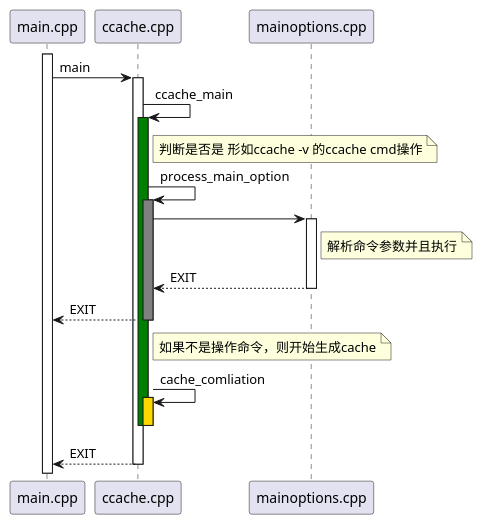
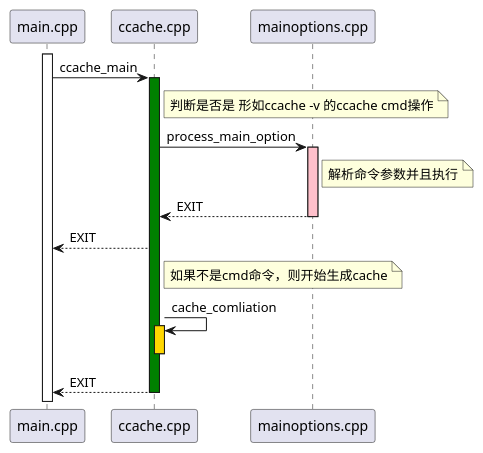
One commit to wentizongbibanfaduo/ccache-introduction changed the diagram in ccache-uml-main.puml. Above: the diagram before and after it, drawn with PlantUML. The commit also changed 1 other file, not shown here.

```diff
--- a/ccache-uml-main.puml
+++ b/ccache-uml-main.puml
@@ -1,26 +1,26 @@
 participant main.cpp as main
 participant ccache.cpp as ccache
 participant mainoptions.cpp as parseOpt
 activate main
-main -> ccache ++ : main
-ccache -> ccache ++ #Green : ccache_main
+
+main -> ccache ++ #Green: ccache_main
+
 note right of ccache
     判断是否是 形如ccache -v 的ccache cmd操作
 end note
-ccache -> ccache ++ #Gray : process_main_option
-ccache -> parseOpt ++ 
+ccache -> parseOpt ++ #Pink : process_main_option
+
 note right of parseOpt
     解析命令参数并且执行
 end note
+return  EXIT 
+ccache --> main : EXIT
 
-return  EXIT 
-
-ccache --> main : EXIT
-ccache --
 note right of ccache
-    如果不是操作命令，则开始生成cache
+    如果不是cmd命令，则开始生成cache
 end note
 ccache -> ccache ++ #Gold: cache_comliation 
 ccache --
-ccache --
+
+
 return EXIT
```
